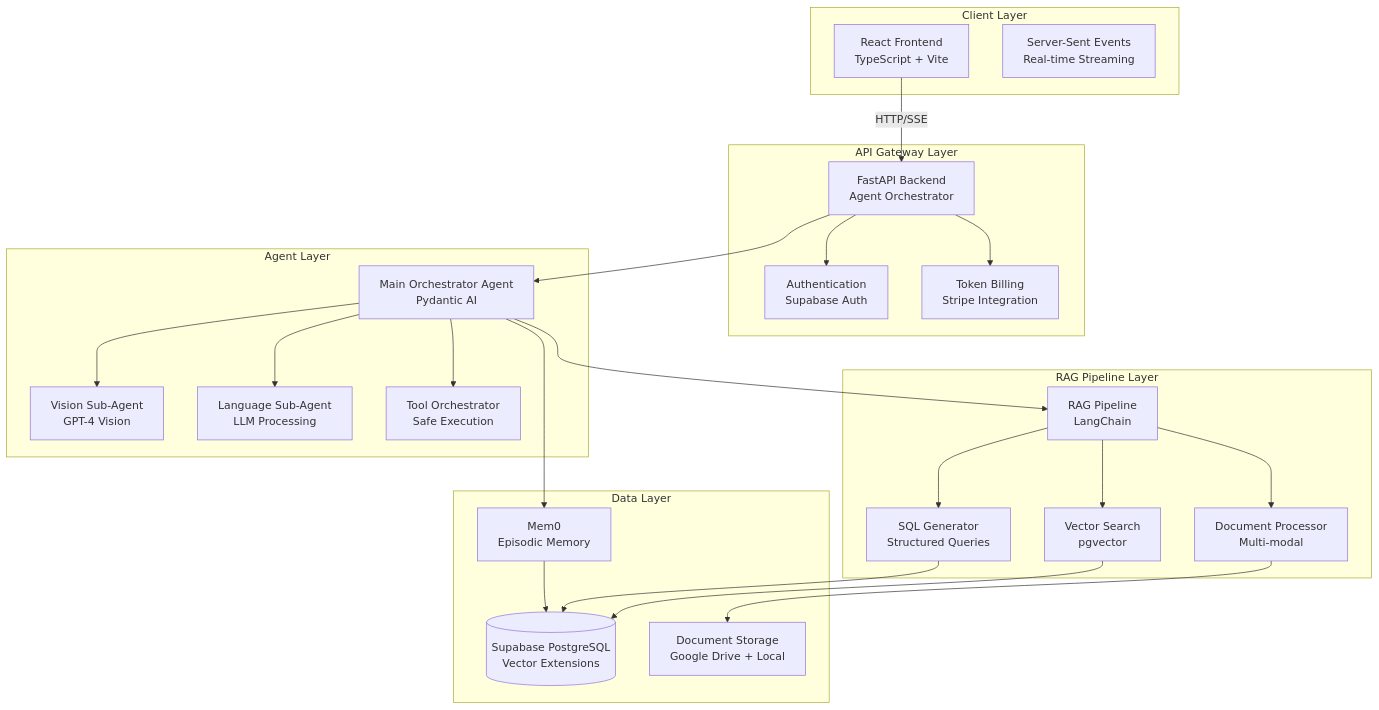
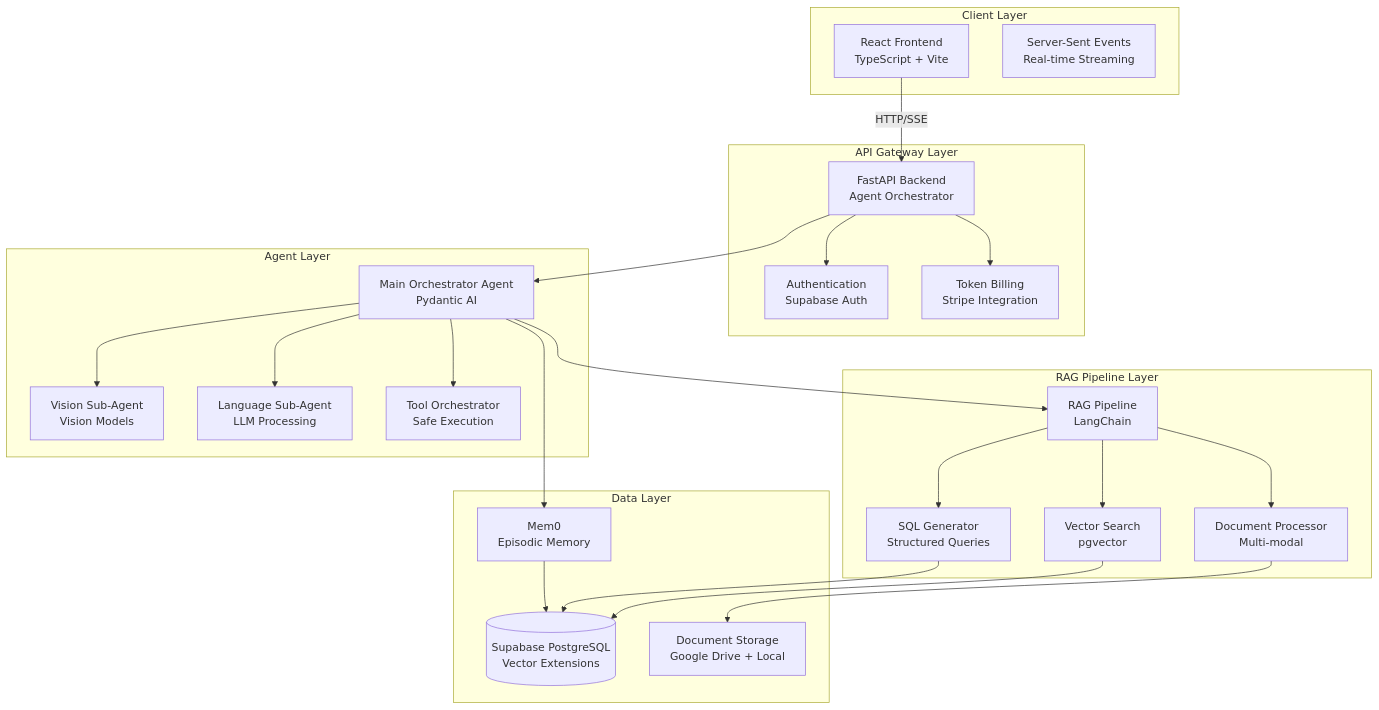
One commit to t-ateya/hierarchical-multi-agent-retrieval-system changed the first of 8 diagrams in docs/structure/ARCHITECTURE.md. Above: the diagram before and after it, drawn with Mermaid. The commit also changed other lines of this file and 159 other files, not shown here.

````diff
--- a/docs/structure/ARCHITECTURE.md
+++ b/docs/structure/ARCHITECTURE.md
@@ -11,50 +11,50 @@
 ```mermaid
 graph TB
     subgraph "Client Layer"
         UI[React Frontend<br/>TypeScript + Vite]
         SSE[Server-Sent Events<br/>Real-time Streaming]
     end
 
     subgraph "API Gateway Layer"
         API[FastAPI Backend<br/>Agent Orchestrator]
         AUTH[Authentication<br/>Supabase Auth]
         BILLING[Token Billing<br/>Stripe Integration]
     end
 
     subgraph "Agent Layer"
         MAIN[Main Orchestrator Agent<br/>Pydantic AI]
-        VISION[Vision Sub-Agent<br/>GPT-4 Vision]
+        VISION[Vision Sub-Agent<br/>Vision Models]
         LANG[Language Sub-Agent<br/>LLM Processing]
         TOOLS[Tool Orchestrator<br/>Safe Execution]
     end
 
     subgraph "RAG Pipeline Layer"
         RAG[RAG Pipeline<br/>LangChain]
         VECTOR[Vector Search<br/>pgvector]
         SQL[SQL Generator<br/>Structured Queries]
         DOCS[Document Processor<br/>Multi-modal]
     end
 
     subgraph "Data Layer"
         DB[(Supabase PostgreSQL<br/>Vector Extensions)]
         MEM0[Mem0<br/>Episodic Memory]
         FILES[Document Storage<br/>Google Drive + Local]
     end
 
     UI -->|HTTP/SSE| API
     API --> AUTH
     API --> BILLING
     API --> MAIN
     MAIN --> VISION
     MAIN --> LANG
     MAIN --> TOOLS
     MAIN --> RAG
     RAG --> VECTOR
     RAG --> SQL
     RAG --> DOCS
     VECTOR --> DB
     SQL --> DB
     DOCS --> FILES
     MAIN --> MEM0
     MEM0 --> DB
 ```
````
